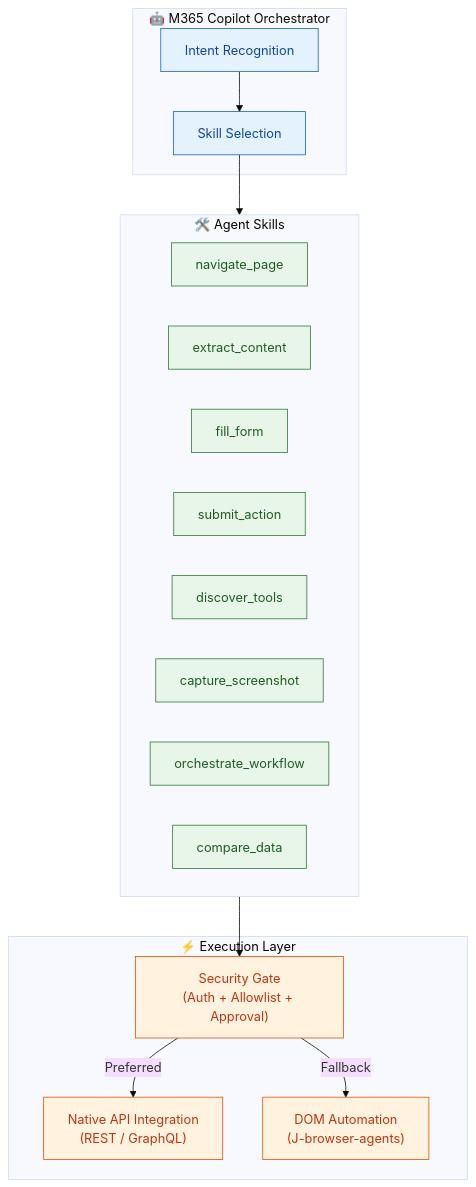
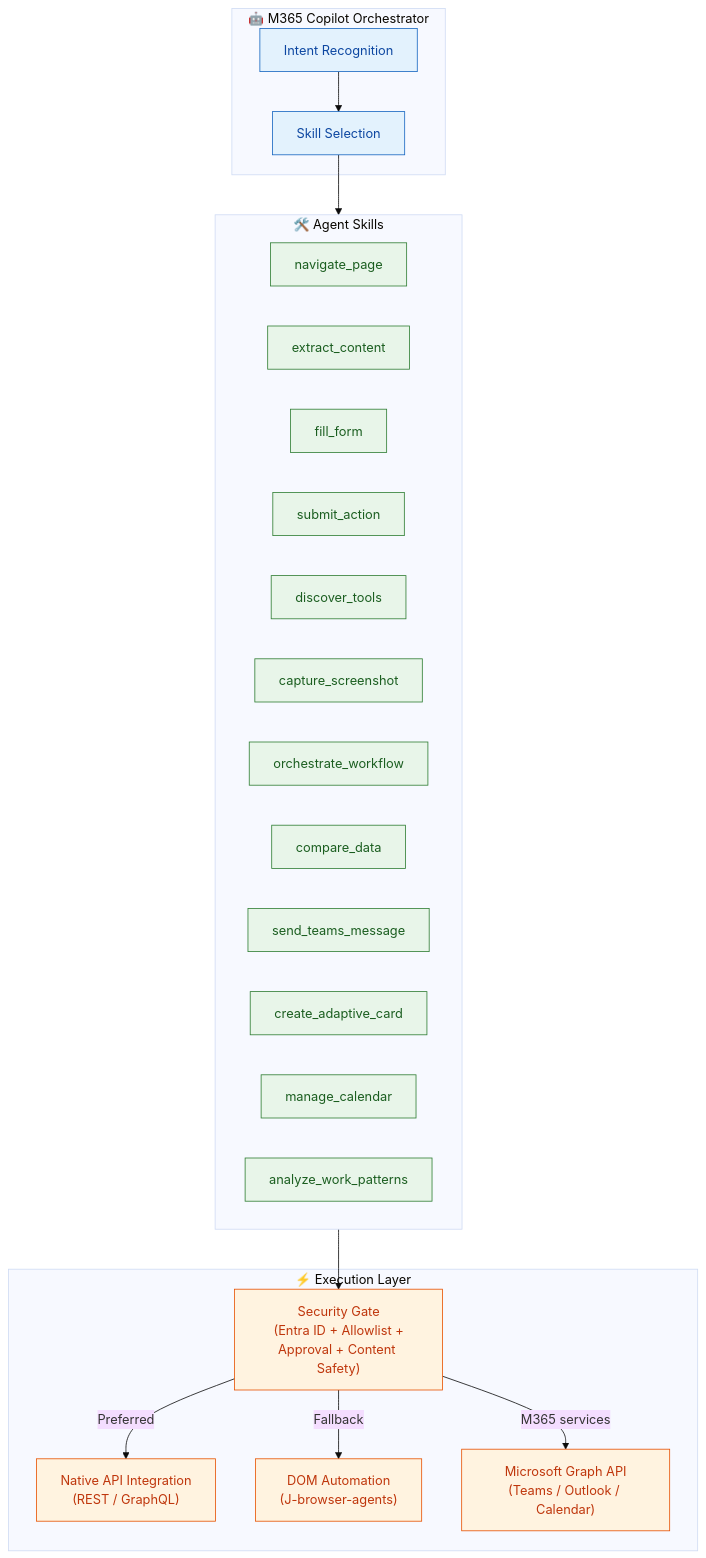
One commit to yjcmsft/Secure-Enterprise-Browser-Agentic-System changed the first of 4 diagrams in skills.md. Above: the diagram before and after it, drawn with Mermaid (base theme). The commit also changed other lines of this file and 3 other files, not shown here.

````diff
--- a/skills.md
+++ b/skills.md
@@ -11,38 +11,44 @@
 ```mermaid
 flowchart TB
     subgraph CopilotOrchestrator["🤖 M365 Copilot Orchestrator"]
         Intent["Intent Recognition"]
         SkillSelect["Skill Selection"]
     end
 
     subgraph Skills["🛠️ Agent Skills"]
         Navigate["navigate_page"]
         Extract["extract_content"]
         FillForm["fill_form"]
         SubmitAction["submit_action"]
         Discover["discover_tools"]
         Screenshot["capture_screenshot"]
         MultiStep["orchestrate_workflow"]
         Compare["compare_data"]
+        GraphMsg["send_teams_message"]
+        GraphCard["create_adaptive_card"]
+        GraphCal["manage_calendar"]
+        WorkIQSkill["analyze_work_patterns"]
     end
 
     subgraph Execution["⚡ Execution Layer"]
         NativeAPI["Native API Integration\n(REST / GraphQL)"]
         DOM["DOM Automation\n(J-browser-agents)"]
-        Security["Security Gate\n(Auth + Allowlist + Approval)"]
+        Security["Security Gate\n(Entra ID + Allowlist +\nApproval + Content Safety)"]
+        GraphAPI["Microsoft Graph API\n(Teams / Outlook / Calendar)"]
     end
 
     Intent --> SkillSelect
     SkillSelect --> Skills
     Skills --> Security
     Security -->|"Preferred"| NativeAPI
     Security -->|"Fallback"| DOM
+    Security -->|"M365 services"| GraphAPI
 
     classDef orchestrator fill:#E3F2FD,stroke:#1565C0,color:#0D47A1
     classDef skill fill:#E8F5E9,stroke:#2E7D32,color:#1B5E20
     classDef exec fill:#FFF3E0,stroke:#E65100,color:#BF360C
 
     class Intent,SkillSelect orchestrator
-    class Navigate,Extract,FillForm,SubmitAction,Discover,Screenshot,MultiStep,Compare skill
-    class NativeAPI,DOM,Security exec
+    class Navigate,Extract,FillForm,SubmitAction,Discover,Screenshot,MultiStep,Compare,GraphMsg,GraphCard,GraphCal,WorkIQSkill skill
+    class NativeAPI,DOM,Security,GraphAPI exec
 ```
````
